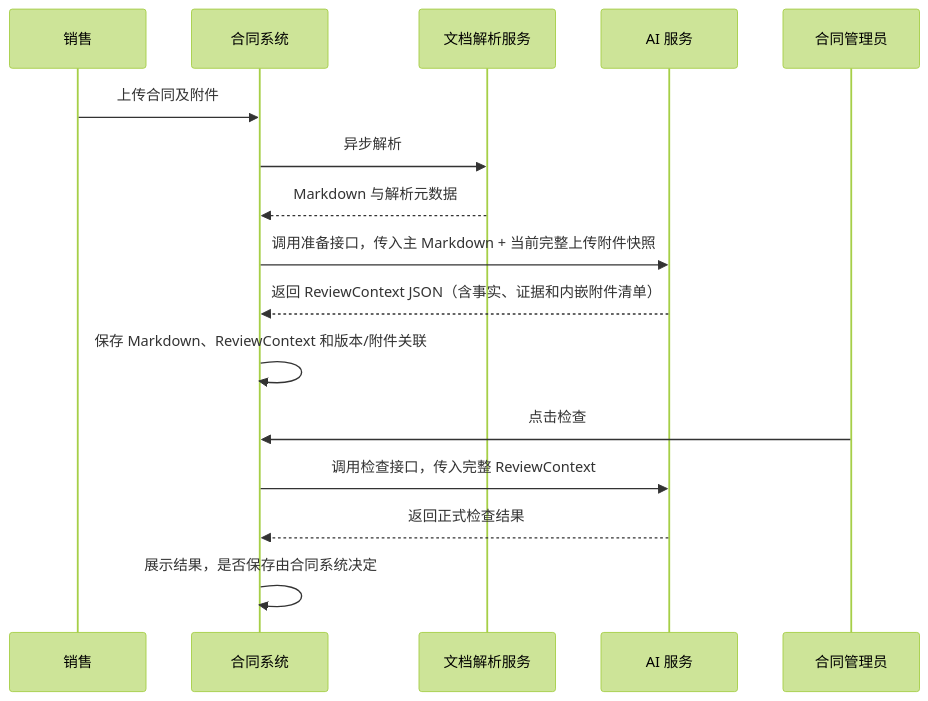
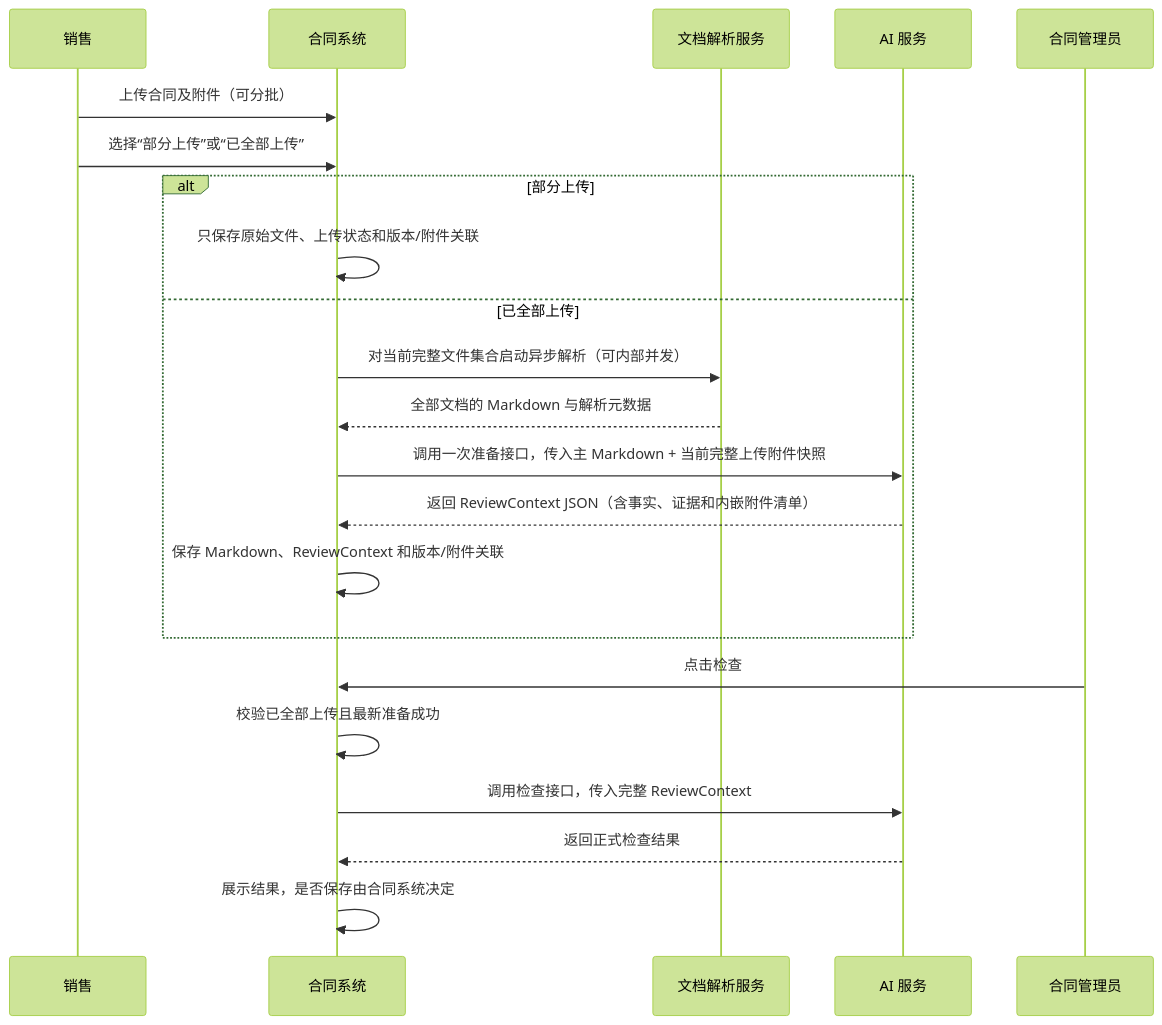
The diagram in docs/integration/2026-07-28-contract-system-two-stage-review-communication-draft.md (wxflyww/ltc_ai), drawn with Mermaid (forest theme) before and after one commit. The commit also changed other lines of this file and 33 other files, not shown here.

````diff
--- a/docs/integration/2026-07-28-contract-system-two-stage-review-communication-draft.md
+++ b/docs/integration/2026-07-28-contract-system-two-stage-review-communication-draft.md
@@ -17,19 +17,25 @@
 ```mermaid
 sequenceDiagram
     participant S as 销售
     participant C as 合同系统
     participant D as 文档解析服务
     participant A as AI 服务
     participant M as 合同管理员
 
-    S->>C: 上传合同及附件
-    C->>D: 异步解析
-    D-->>C: Markdown 与解析元数据
-    C->>A: 调用准备接口，传入主 Markdown + 当前完整上传附件快照
-    A-->>C: 返回 ReviewContext JSON（含事实、证据和内嵌附件清单）
-    C->>C: 保存 Markdown、ReviewContext 和版本/附件关联
+    S->>C: 上传合同及附件（可分批）
+    S->>C: 选择“部分上传”或“已全部上传”
+    alt 部分上传
+        C->>C: 只保存原始文件、上传状态和版本/附件关联
+    else 已全部上传
+        C->>D: 对当前完整文件集合启动异步解析（可内部并发）
+        D-->>C: 全部文档的 Markdown 与解析元数据
+        C->>A: 调用一次准备接口，传入主 Markdown + 当前完整上传附件快照
+        A-->>C: 返回 ReviewContext JSON（含事实、证据和内嵌附件清单）
+        C->>C: 保存 Markdown、ReviewContext 和版本/附件关联
+    end
     M->>C: 点击检查
+    C->>C: 校验已全部上传且最新准备成功
     C->>A: 调用检查接口，传入完整 ReviewContext
     A-->>C: 返回正式检查结果
     C->>C: 展示结果，是否保存由合同系统决定
 ```
````
